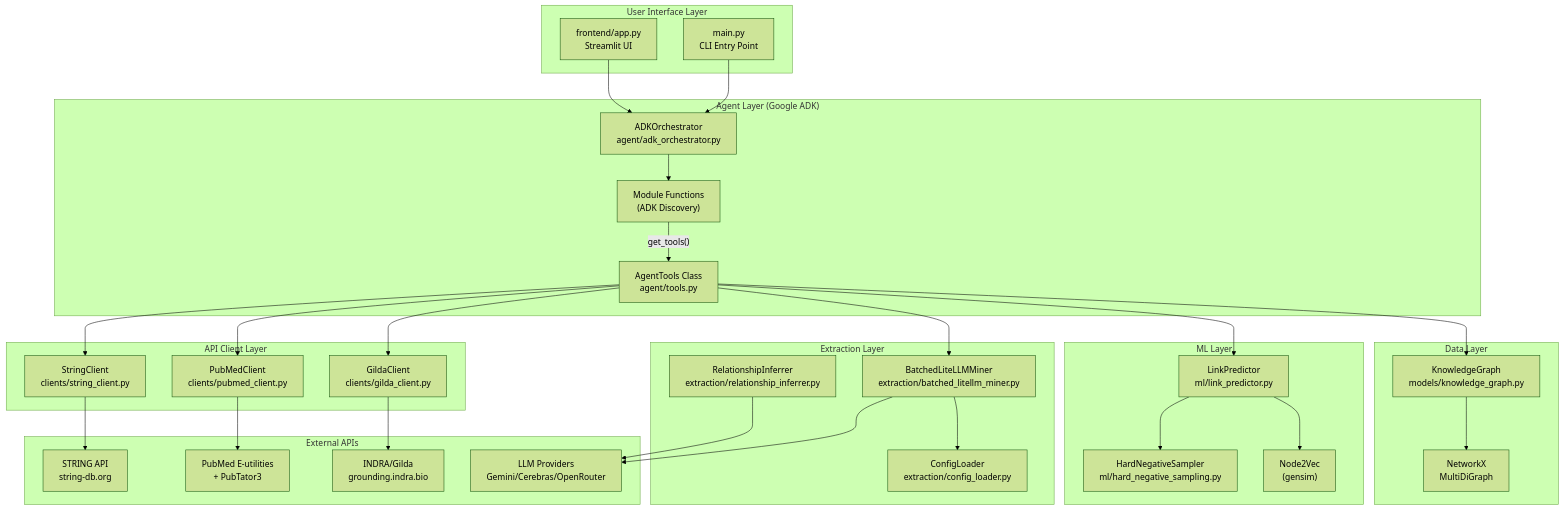
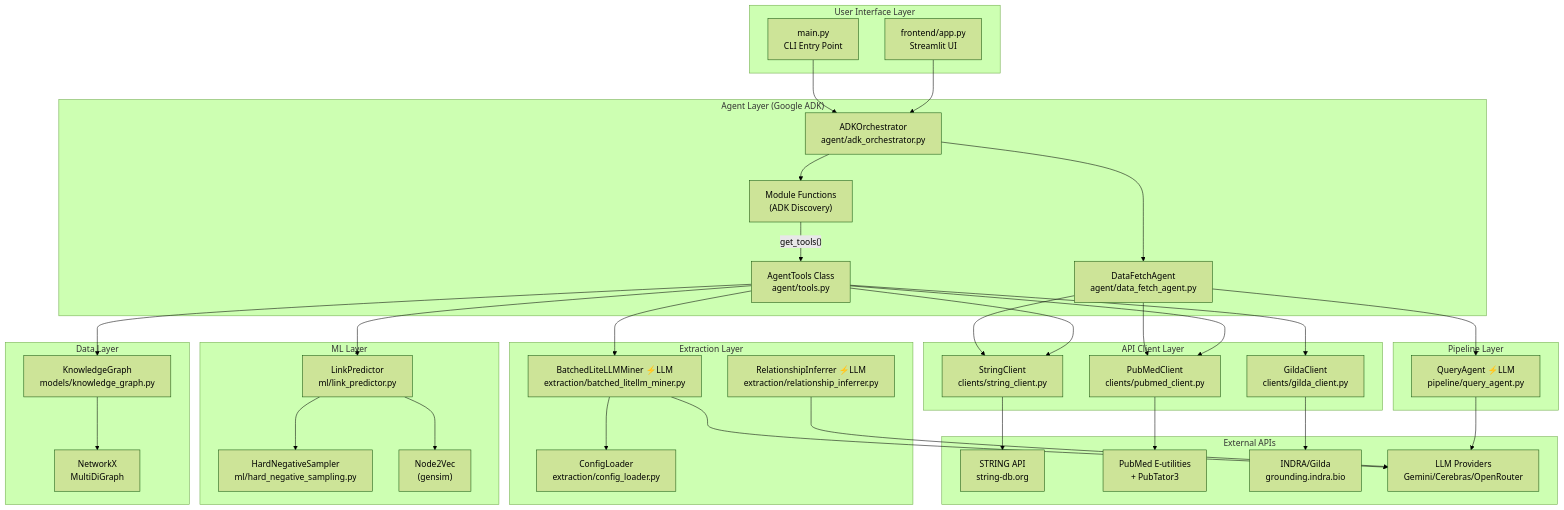
The second of 8 diagrams in ARCHITECTURE.md (ddjukic/tetra-demo), drawn with Mermaid (forest theme) before and after one commit. The commit also changed other lines of this file and 2 other files, not shown here.

````diff
--- a/ARCHITECTURE.md
+++ b/ARCHITECTURE.md
@@ -55,69 +57,80 @@
 ```mermaid
 flowchart TB
     subgraph UserLayer["User Interface Layer"]
         cli["main.py<br/>CLI Entry Point"]
         streamlit["frontend/app.py<br/>Streamlit UI"]
     end
 
     subgraph AgentLayer["Agent Layer (Google ADK)"]
         orchestrator["ADKOrchestrator<br/>agent/adk_orchestrator.py"]
+        data_fetch["DataFetchAgent<br/>agent/data_fetch_agent.py"]
         tools_module["Module Functions<br/>(ADK Discovery)"]
         tools_class["AgentTools Class<br/>agent/tools.py"]
 
         orchestrator --> tools_module
+        orchestrator --> data_fetch
         tools_module -->|"get_tools()"| tools_class
     end
 
     subgraph ClientLayer["API Client Layer"]
         string_client["StringClient<br/>clients/string_client.py"]
         pubmed_client["PubMedClient<br/>clients/pubmed_client.py"]
         gilda_client["GildaClient<br/>clients/gilda_client.py"]
     end
 
+    subgraph PipelineLayer["Pipeline Layer"]
+        query_agent["QueryAgent ⚡LLM<br/>pipeline/query_agent.py"]
+    end
+
     subgraph ExtractionLayer["Extraction Layer"]
-        batched_miner["BatchedLiteLLMMiner<br/>extraction/batched_litellm_miner.py"]
+        batched_miner["BatchedLiteLLMMiner ⚡LLM<br/>extraction/batched_litellm_miner.py"]
         config_loader["ConfigLoader<br/>extraction/config_loader.py"]
-        inferrer["RelationshipInferrer<br/>extraction/relationship_inferrer.py"]
+        inferrer["RelationshipInferrer ⚡LLM<br/>extraction/relationship_inferrer.py"]
 
         batched_miner --> config_loader
     end
 
     subgraph MLLayer["ML Layer"]
         link_predictor["LinkPredictor<br/>ml/link_predictor.py"]
         hard_neg["HardNegativeSampler<br/>ml/hard_negative_sampling.py"]
         node2vec["Node2Vec<br/>(gensim)"]
 
         link_predictor --> hard_neg
         link_predictor --> node2vec
     end
 
     subgraph DataLayer["Data Layer"]
         kg["KnowledgeGraph<br/>models/knowledge_graph.py"]
         networkx["NetworkX<br/>MultiDiGraph"]
 
         kg --> networkx
     end
 
     subgraph ExternalAPIs["External APIs"]
         string_api["STRING API<br/>string-db.org"]
         pubmed_api["PubMed E-utilities<br/>+ PubTator3"]
         gilda_api["INDRA/Gilda<br/>grounding.indra.bio"]
         llm_api["LLM Providers<br/>Gemini/Cerebras/OpenRouter"]
     end
 
     cli --> orchestrator
     streamlit --> orchestrator
 
+    data_fetch --> string_client
+    data_fetch --> pubmed_client
+    data_fetch --> query_agent
+
     tools_class --> string_client
     tools_class --> pubmed_client
     tools_class --> gilda_client
     tools_class --> batched_miner
     tools_class --> link_predictor
     tools_class --> kg
 
     string_client --> string_api
     pubmed_client --> pubmed_api
     gilda_client --> gilda_api
+    query_agent --> llm_api
     batched_miner --> llm_api
     inferrer --> llm_api
 ```
````
